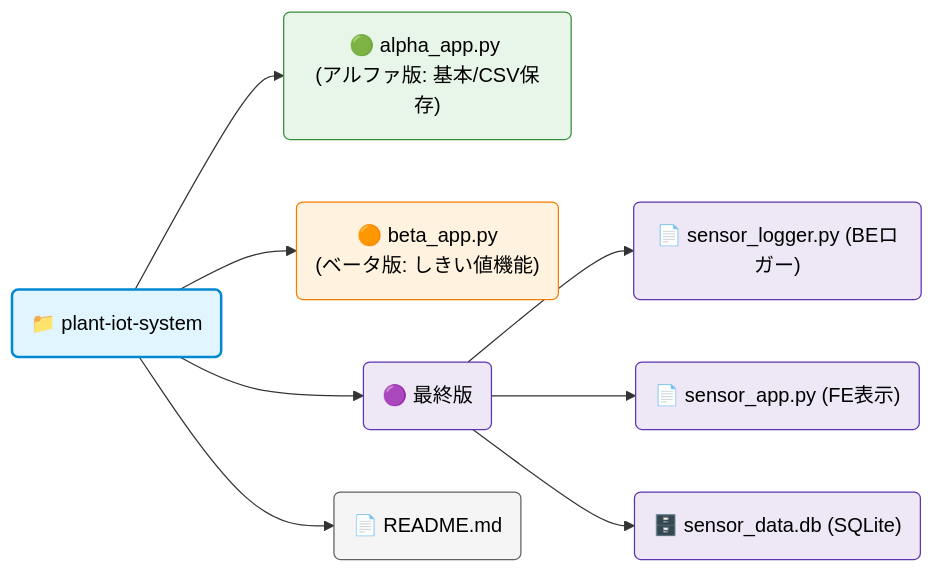
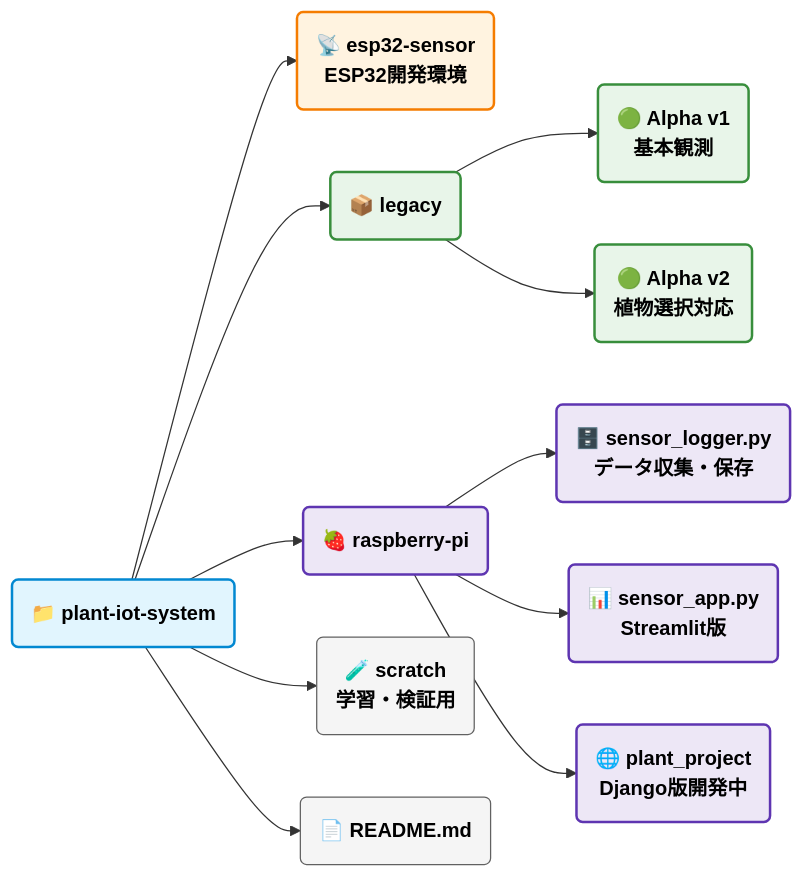
Before and after one commit to Mutou-dev123/plant-iot-system: the first of 3 diagrams in README.md, drawn with Mermaid. The commit also changed 2 other files, not shown here.

Commit message:
Update directory diagram of README

````diff
--- a/README.md
+++ b/README.md
@@ -80,28 +80,46 @@
 ```mermaid
 graph LR
+
+    classDef default font-weight:bold
+
     Root("📁 plant-iot-system")
-    
-    Root --> Alpha("🟢 alpha_app.py <br>(アルファ版: 基本/CSV保存)")
-    Root --> Beta("🟠 beta_app.py <br>(ベータ版: しきい値機能)")
-    
-    %% プロダクション版を1つのノードでまとめてから枝分かれさせる
-    Root --> Prod("🟣 最終版")
-    Prod --> Logger("📄 sensor_logger.py (BEロガー)")
-    Prod --> App("📄 sensor_app.py (FE表示)")
-    Prod --> DB("🗄️ sensor_data.db (SQLite)")
-    
-    Root --> RM("📄 README.md")
+
+    ESP("📡 esp32-sensor<br>ESP32開発環境")
+    Legacy("📦 legacy")
+    RPi("🍓 raspberry-pi")
+    Scratch("🧪 scratch<br>学習・検証用")
+    RM("📄 README.md")
+
+    Alpha1("🟢 Alpha v1<br>基本観測")
+    Alpha2("🟢 Alpha v2<br>植物選択対応")
+
+    Django("🌐 plant_project<br>Django版開発中")
+    Streamlit("📊 sensor_app.py<br>Streamlit版")
+    Logger("🗄️ sensor_logger.py<br>データ収集・保存")
+
+    Root --> ESP
+    Root --> Legacy
+    Root --> RPi
+    Root --> Scratch
+    Root --> RM
+
+    Legacy --> Alpha1
+    Legacy --> Alpha2
+
+    RPi --> Logger
+    RPi --> Streamlit
+    RPi --> Django
 
     %% スタイル設定
     classDef root fill:#e1f5fe,stroke:#0288d1,stroke-width:2px,color:#000
-    classDef alpha fill:#e8f5e9,stroke:#388e3c,1px,color:#000
-    classDef beta fill:#fff3e0,stroke:#f57c00,1px,color:#000
-    classDef prod fill:#ede7f6,stroke:#5e35b1,2px,color:#000
-    classDef common fill:#f5f5f5,stroke:#616161,1px,color:#000
+    classDef legacy fill:#e8f5e9,stroke:#388e3c,stroke-width:2px,color:#000
+    classDef raspberry fill:#ede7f6,stroke:#5e35b1,stroke-width:2px,color:#000
+    classDef esp fill:#fff3e0,stroke:#f57c00,stroke-width:2px,color:#000
+    classDef common fill:#f5f5f5,stroke:#616161,color:#000
 
     class Root root
-    class Alpha alpha
-    class Beta beta
-    class Prod,Logger,App,DB prod
-    class RM common
+    class Legacy,Alpha1,Alpha2 legacy
+    class RPi,Logger,Streamlit,Django raspberry
+    class ESP esp
+    class Scratch,RM common
 ```
````
